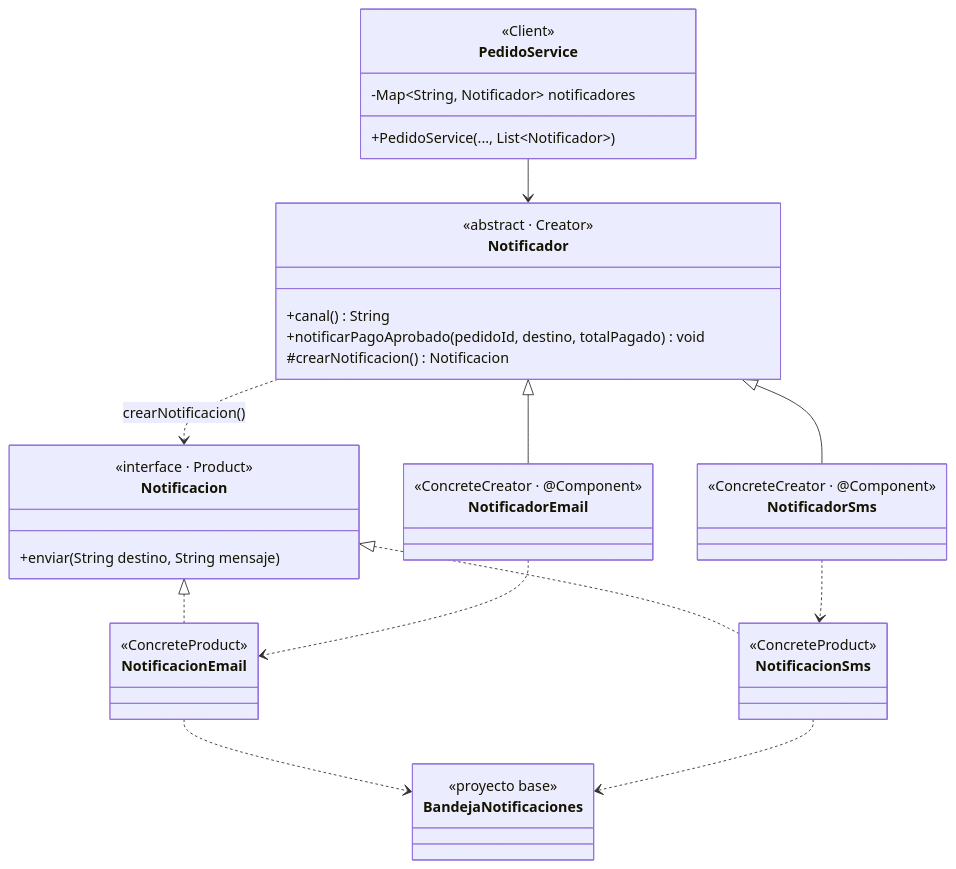
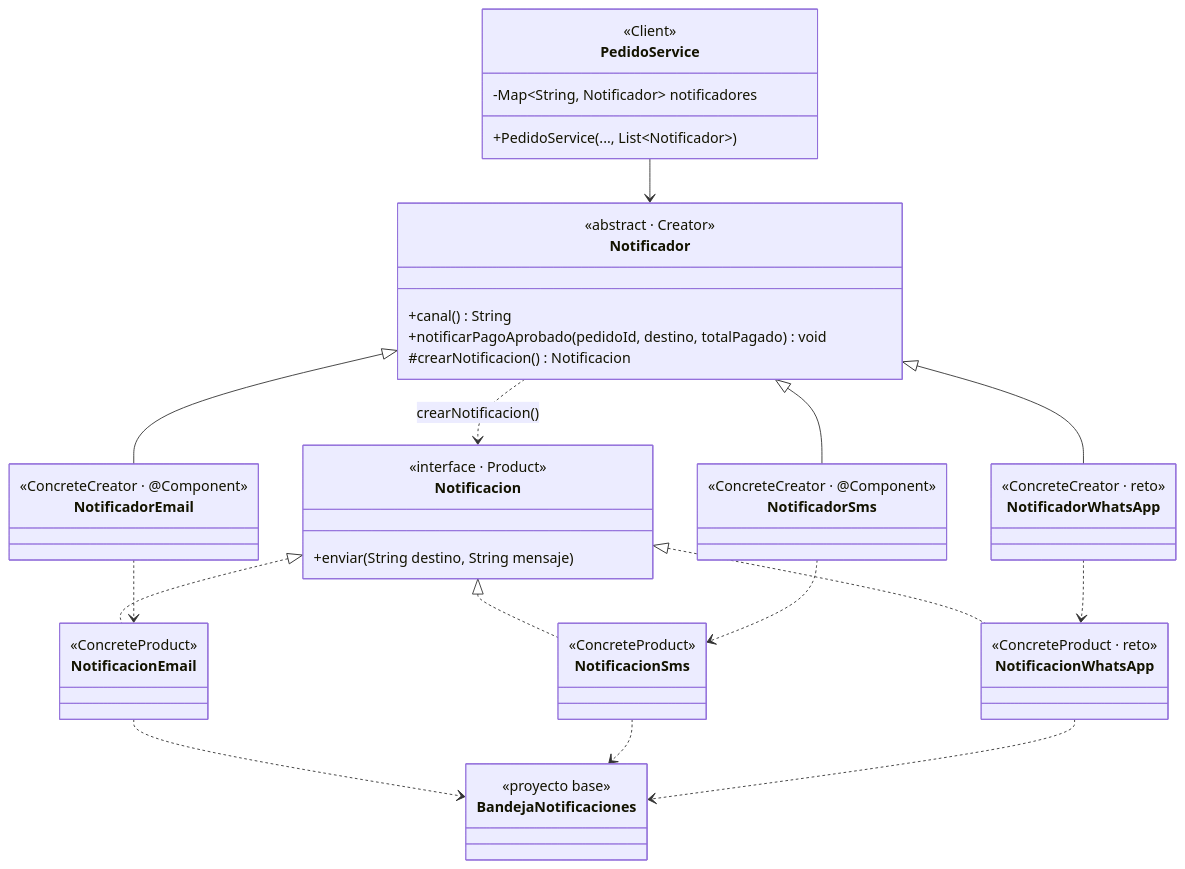
The sixth of 6 diagrams in README.md (rc-0105/shopflow-patrones-diseno), drawn with Mermaid before and after one commit. The commit also changed other lines of this file and 1 other file, not shown here.

Commit message:
docs(readme): documentar el reto C (WhatsApp) y su evidencia

````diff
--- a/README.md
+++ b/README.md
@@ -363,43 +363,53 @@
 ```mermaid
 classDiagram
     class Notificacion {
         <<interface · Product>>
         +enviar(String destino, String mensaje)
     }
     class NotificacionEmail {
         <<ConcreteProduct>>
     }
     class NotificacionSms {
         <<ConcreteProduct>>
+    }
+    class NotificacionWhatsApp {
+        <<ConcreteProduct · reto>>
     }
     class Notificador {
         <<abstract · Creator>>
         +canal() String
         +notificarPagoAprobado(pedidoId, destino, totalPagado) void
         #crearNotificacion() Notificacion
     }
     class NotificadorEmail {
         <<ConcreteCreator · @Component>>
     }
     class NotificadorSms {
         <<ConcreteCreator · @Component>>
     }
+    class NotificadorWhatsApp {
+        <<ConcreteCreator · reto>>
+    }
     class PedidoService {
         <<Client>>
         -Map~String, Notificador~ notificadores
         +PedidoService(..., List~Notificador~)
     }
     class BandejaNotificaciones {
         <<proyecto base>>
     }
     Notificacion <|.. NotificacionEmail
     Notificacion <|.. NotificacionSms
     Notificador <|-- NotificadorEmail
     Notificador <|-- NotificadorSms
+    Notificacion <|.. NotificacionWhatsApp
+    Notificador <|-- NotificadorWhatsApp
     Notificador ..> Notificacion : crearNotificacion()
     NotificadorEmail ..> NotificacionEmail
     NotificadorSms ..> NotificacionSms
+    NotificadorWhatsApp ..> NotificacionWhatsApp
     PedidoService --> Notificador
     NotificacionEmail ..> BandejaNotificaciones
     NotificacionSms ..> BandejaNotificaciones
+    NotificacionWhatsApp ..> BandejaNotificaciones
 ```
````
